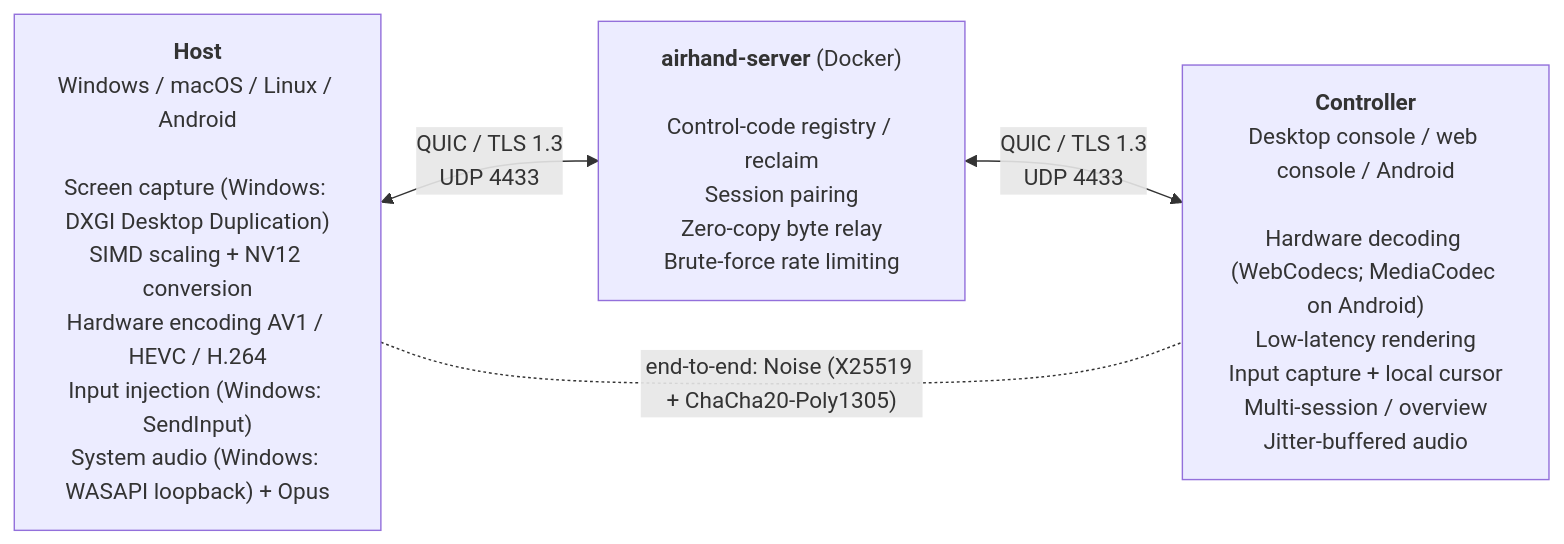
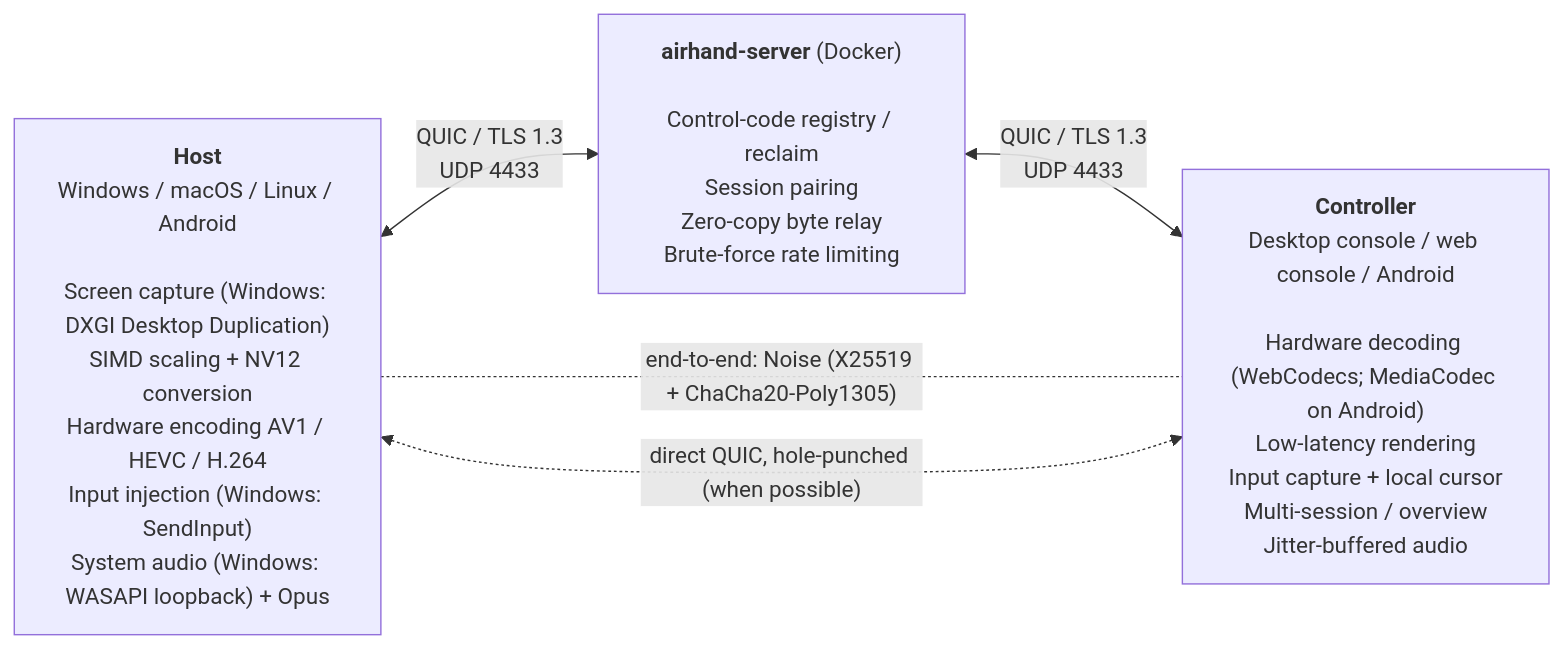
Before and after one commit to sqlpxc/airhand: the diagram in docs/architecture.md, drawn with Mermaid. The commit also changed other lines of this file and 46 other files, not shown here.

````diff
--- a/docs/architecture.md
+++ b/docs/architecture.md
@@ -7,9 +7,10 @@
 ```mermaid
 flowchart LR
     host["<b>Host</b><br>Windows / macOS / Linux / Android<br><br>Screen capture (Windows: DXGI Desktop Duplication)<br>SIMD scaling + NV12 conversion<br>Hardware encoding AV1 / HEVC / H.264<br>Input injection (Windows: SendInput)<br>System audio (Windows: WASAPI loopback) + Opus"]
     relay["<b>airhand-server</b> (Docker)<br><br>Control-code registry / reclaim<br>Session pairing<br>Zero-copy byte relay<br>Brute-force rate limiting"]
     ctrl["<b>Controller</b><br>Desktop console / web console / Android<br><br>Hardware decoding (WebCodecs; MediaCodec on Android)<br>Low-latency rendering<br>Input capture + local cursor<br>Multi-session / overview<br>Jitter-buffered audio"]
     host <-->|"QUIC / TLS 1.3<br>UDP 4433"| relay
     relay <-->|"QUIC / TLS 1.3<br>UDP 4433"| ctrl
     host -. "end-to-end: Noise (X25519 + ChaCha20-Poly1305)" .- ctrl
+    host <-. "direct QUIC, hole-punched (when possible)" .-> ctrl
 ```
````
